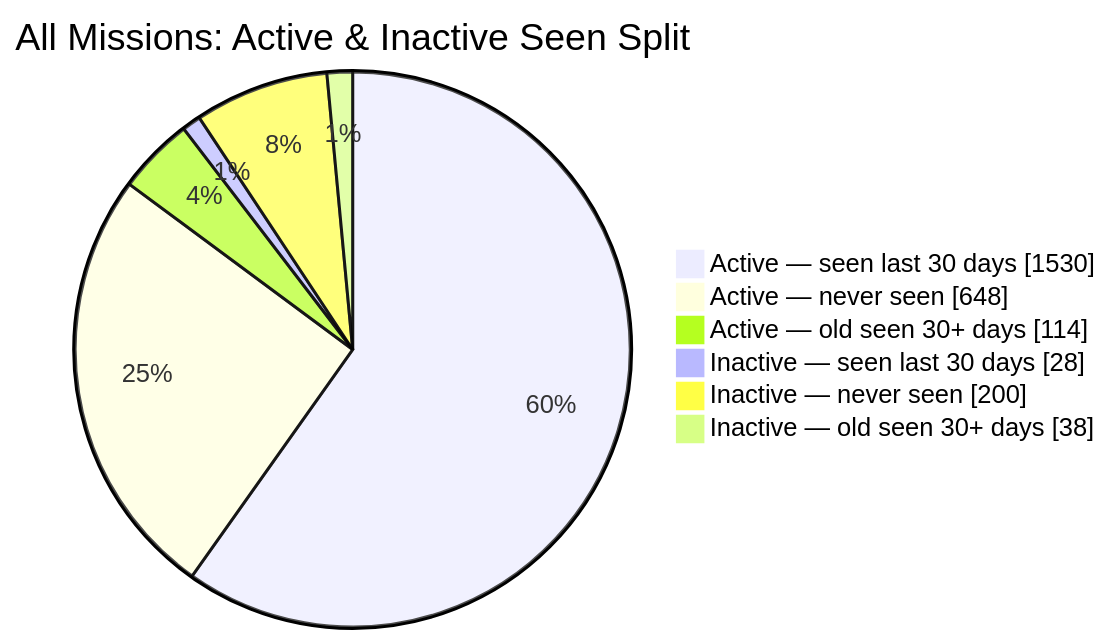
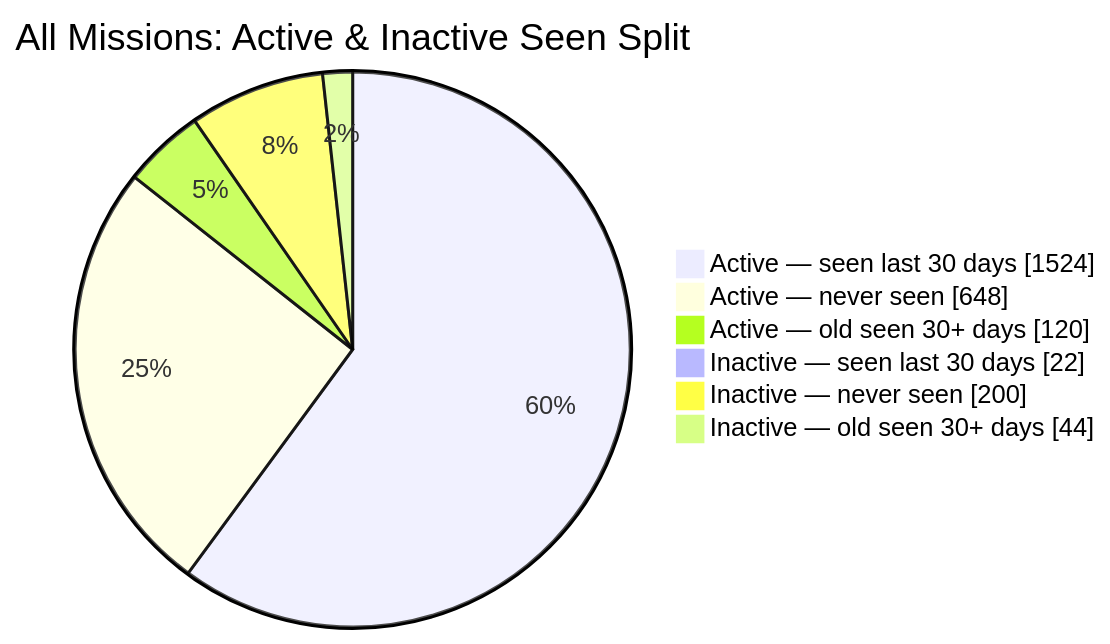
The second of 2 diagrams in README.md (MeldkamerspelGameTeam/active-missions), drawn with Mermaid before and after one commit. The commit also changed other lines of this file and 2 other files, not shown here.

````diff
--- a/README.md
+++ b/README.md
@@ -44,10 +44,10 @@
 ```mermaid
 pie showData
     title All Missions: Active & Inactive Seen Split
-    "Active — seen last 30 days" : 1530
+    "Active — seen last 30 days" : 1524
     "Active — never seen" : 648
-    "Active — old seen 30+ days" : 114
-    "Inactive — seen last 30 days" : 28
+    "Active — old seen 30+ days" : 120
+    "Inactive — seen last 30 days" : 22
     "Inactive — never seen" : 200
-    "Inactive — old seen 30+ days" : 38
+    "Inactive — old seen 30+ days" : 44
 ```
````
